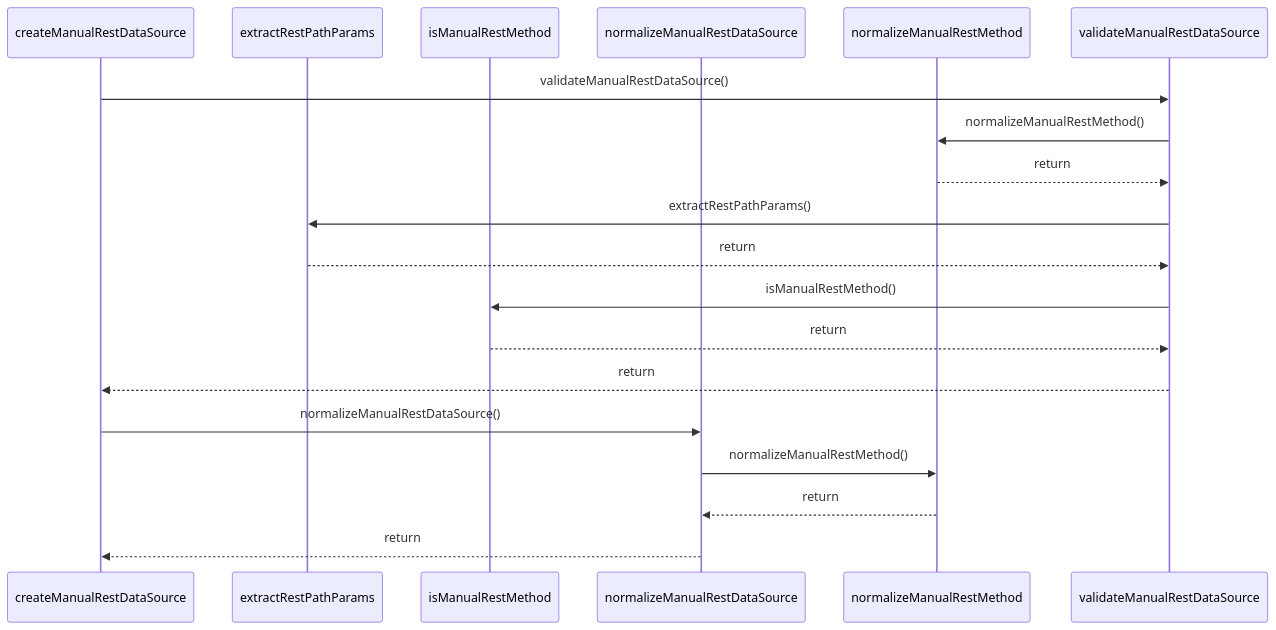
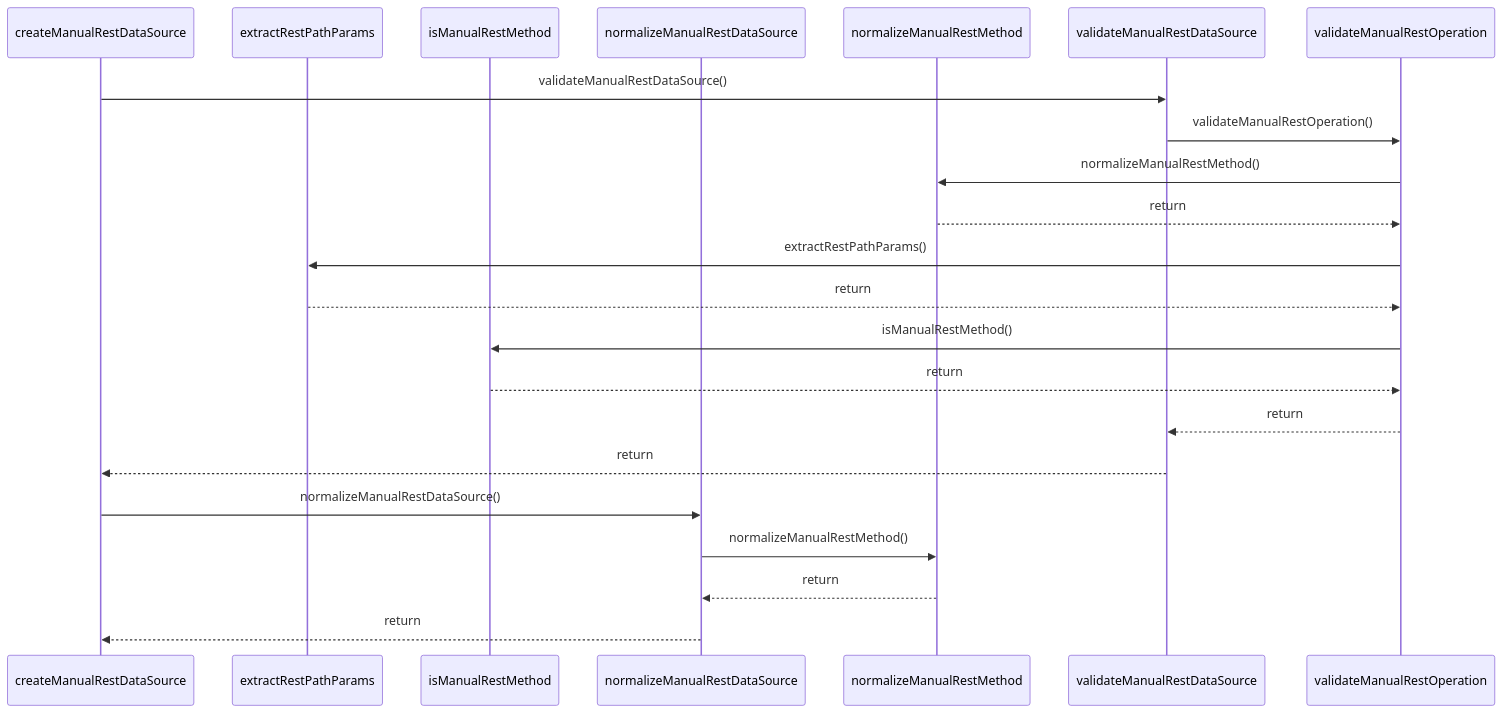
Before and after one commit to ankhorage/data-sources: the diagram in paradox/diagrams/sequences/create-manual-rest-data-source.mmd, drawn with Mermaid. The commit also changed 22 other files, not shown here.

```diff
--- a/paradox/diagrams/sequences/create-manual-rest-data-source.mmd
+++ b/paradox/diagrams/sequences/create-manual-rest-data-source.mmd
@@ -1,19 +1,22 @@
 sequenceDiagram
   participant participant_createManualRestDataSource as createManualRestDataSource
   participant participant_extractRestPathParams as extractRestPathParams
   participant participant_isManualRestMethod as isManualRestMethod
   participant participant_normalizeManualRestDataSource as normalizeManualRestDataSource
   participant participant_normalizeManualRestMethod as normalizeManualRestMethod
   participant participant_validateManualRestDataSource as validateManualRestDataSource
+  participant participant_validateManualRestOperation as validateManualRestOperation
   participant_createManualRestDataSource->>participant_validateManualRestDataSource: validateManualRestDataSource()
-  participant_validateManualRestDataSource->>participant_normalizeManualRestMethod: normalizeManualRestMethod()
-  participant_normalizeManualRestMethod-->>participant_validateManualRestDataSource: return
-  participant_validateManualRestDataSource->>participant_extractRestPathParams: extractRestPathParams()
-  participant_extractRestPathParams-->>participant_validateManualRestDataSource: return
-  participant_validateManualRestDataSource->>participant_isManualRestMethod: isManualRestMethod()
-  participant_isManualRestMethod-->>participant_validateManualRestDataSource: return
+  participant_validateManualRestDataSource->>participant_validateManualRestOperation: validateManualRestOperation()
+  participant_validateManualRestOperation->>participant_normalizeManualRestMethod: normalizeManualRestMethod()
+  participant_normalizeManualRestMethod-->>participant_validateManualRestOperation: return
+  participant_validateManualRestOperation->>participant_extractRestPathParams: extractRestPathParams()
+  participant_extractRestPathParams-->>participant_validateManualRestOperation: return
+  participant_validateManualRestOperation->>participant_isManualRestMethod: isManualRestMethod()
+  participant_isManualRestMethod-->>participant_validateManualRestOperation: return
+  participant_validateManualRestOperation-->>participant_validateManualRestDataSource: return
   participant_validateManualRestDataSource-->>participant_createManualRestDataSource: return
   participant_createManualRestDataSource->>participant_normalizeManualRestDataSource: normalizeManualRestDataSource()
   participant_normalizeManualRestDataSource->>participant_normalizeManualRestMethod: normalizeManualRestMethod()
   participant_normalizeManualRestMethod-->>participant_normalizeManualRestDataSource: return
   participant_normalizeManualRestDataSource-->>participant_createManualRestDataSource: return
```
